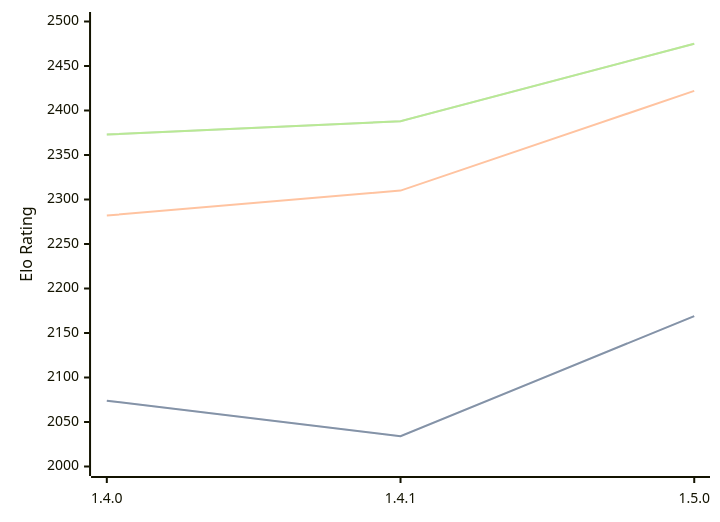
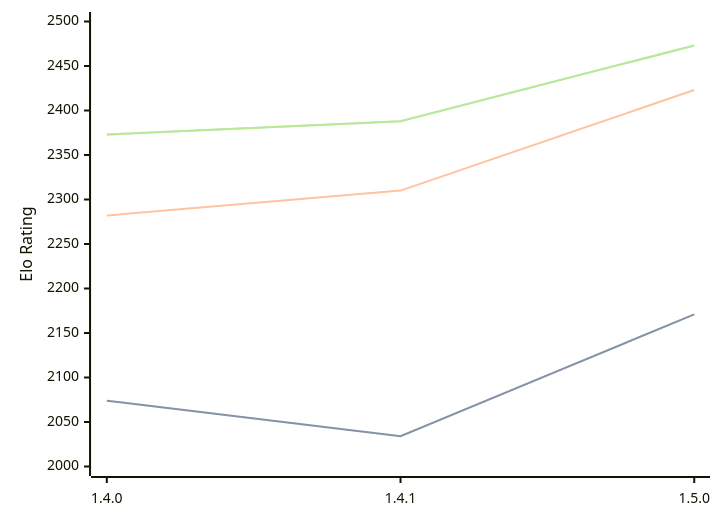
The diagram in engines/Tofiks.md (computer-chess-index/cci), drawn with Mermaid before and after one commit. The commit also changed other lines of this file, not shown here.

Commit message:
Update CCI Ratings (ELO VLTC) - 2026-07-28

````diff
--- a/engines/Tofiks.md
+++ b/engines/Tofiks.md
@@ -37,11 +37,11 @@
 ```mermaid
 %%{init: {"theme":"base","themeVariables":{"seriesColors:['#a3a3a3','#222221','#faa371']}}}%%
 xychart-beta
   x-axis ["1.4.0", "1.4.1", "1.5.0"]
   y-axis "Elo Rating" 2000 --> 2500
-  line "STC (8.0+0.08s)" [2074, 2034, 2169]
-  line "STC (8.0+0.08s)" [2074, 2034, 2169]
-  line "LTC (60.0+0.60s)" [2282, 2310, 2422]
-  line "VLTC (2m24s+1.12s)" [2373, 2388, 2475]
-  line "VLTC (2m24s+1.12s)" [2373, 2388, 2475]
+  line "STC (8.0+0.08s)" [2074, 2034, 2171]
+  line "STC (8.0+0.08s)" [2074, 2034, 2171]
+  line "LTC (60.0+0.60s)" [2282, 2310, 2423]
+  line "VLTC (2m24s+1.12s)" [2373, 2388, 2473]
+  line "VLTC (2m24s+1.12s)" [2373, 2388, 2473]
 ```
````
